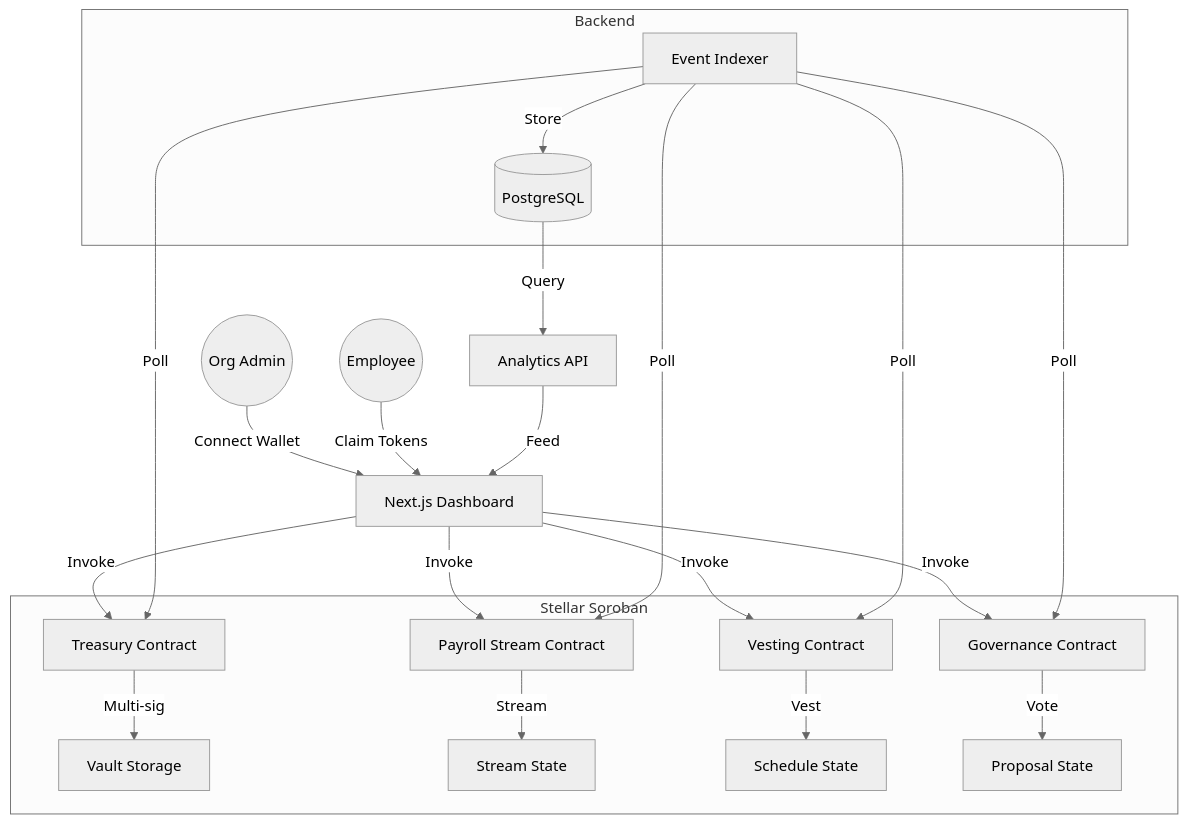
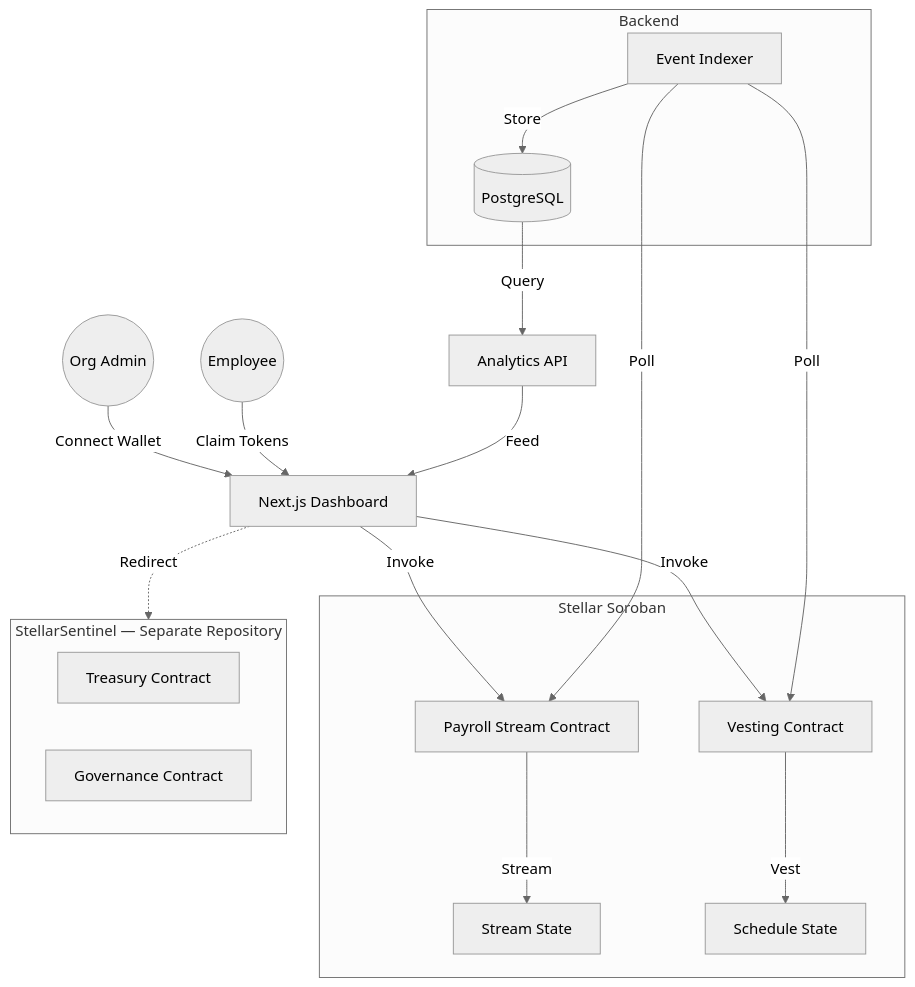
Before and after one commit to Stellar-Re-Code/StellarPay: the diagram in README.md, drawn with Mermaid (neutral theme). The commit also changed other lines of this file and 13 other files, not shown here.

First line of the commit message:
chore(docs): define module boundary and deprecation path for treasury/governance

````diff
--- a/README.md
+++ b/README.md
@@ -28,28 +28,29 @@
 ```mermaid
 graph TD
     Admin((Org Admin)) -->|Connect Wallet| UI[Next.js Dashboard]
     Employee((Employee)) -->|Claim Tokens| UI
     
-    UI -->|Invoke| T[Treasury Contract]
     UI -->|Invoke| P[Payroll Stream Contract]
     UI -->|Invoke| V[Vesting Contract]
-    UI -->|Invoke| G[Governance Contract]
     
     subgraph Stellar Soroban
-        T -->|Multi-sig| T_Store[Vault Storage]
         P -->|Stream| P_Store[Stream State]
         V -->|Vest| V_Store[Schedule State]
-        G -->|Vote| G_Store[Proposal State]
     end
     
+    subgraph StellarSentinel [StellarSentinel — Separate Repository]
+        T[Treasury Contract]
+        G[Governance Contract]
+    end
+
+    UI -.->|Redirect| StellarSentinel
+    
     subgraph Backend
-        Indexer[Event Indexer] -->|Poll| T
-        Indexer -->|Poll| P
+        Indexer[Event Indexer] -->|Poll| P
         Indexer -->|Poll| V
-        Indexer -->|Poll| G
         Indexer -->|Store| DB[(PostgreSQL)]
     end
     
     DB -->|Query| API[Analytics API]
     API -->|Feed| UI
 ```
````
